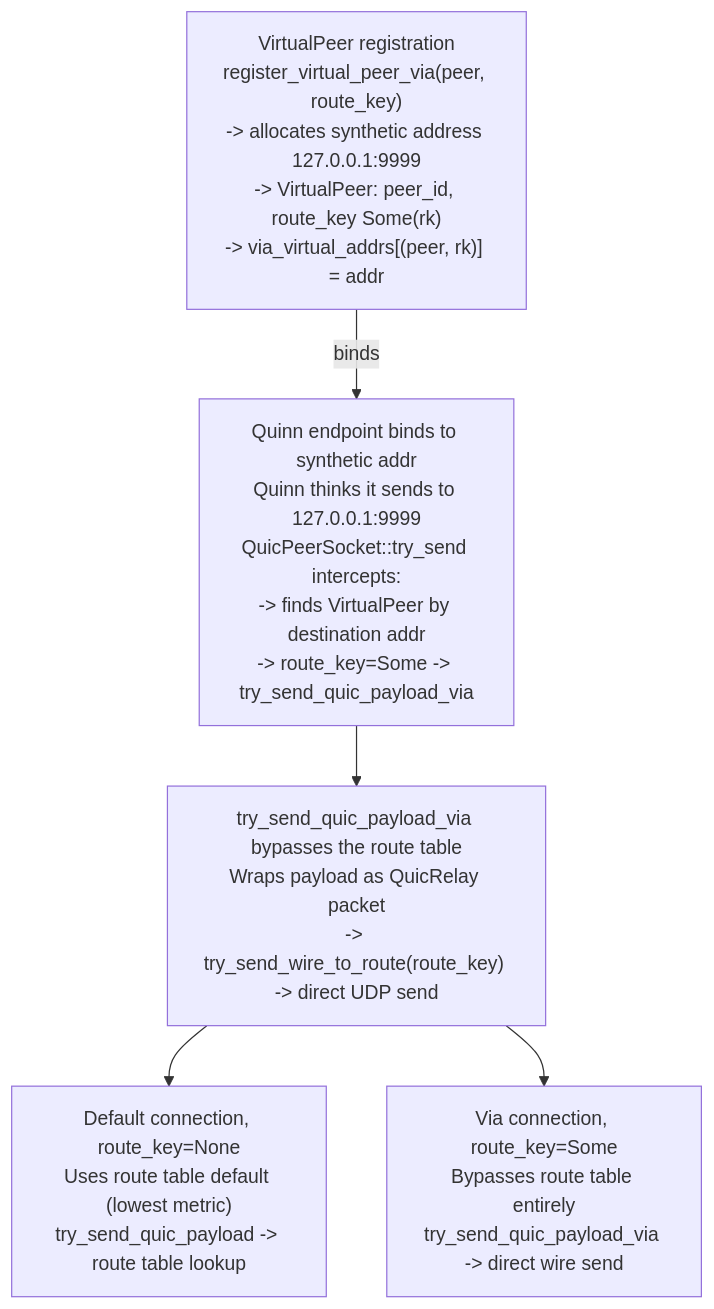
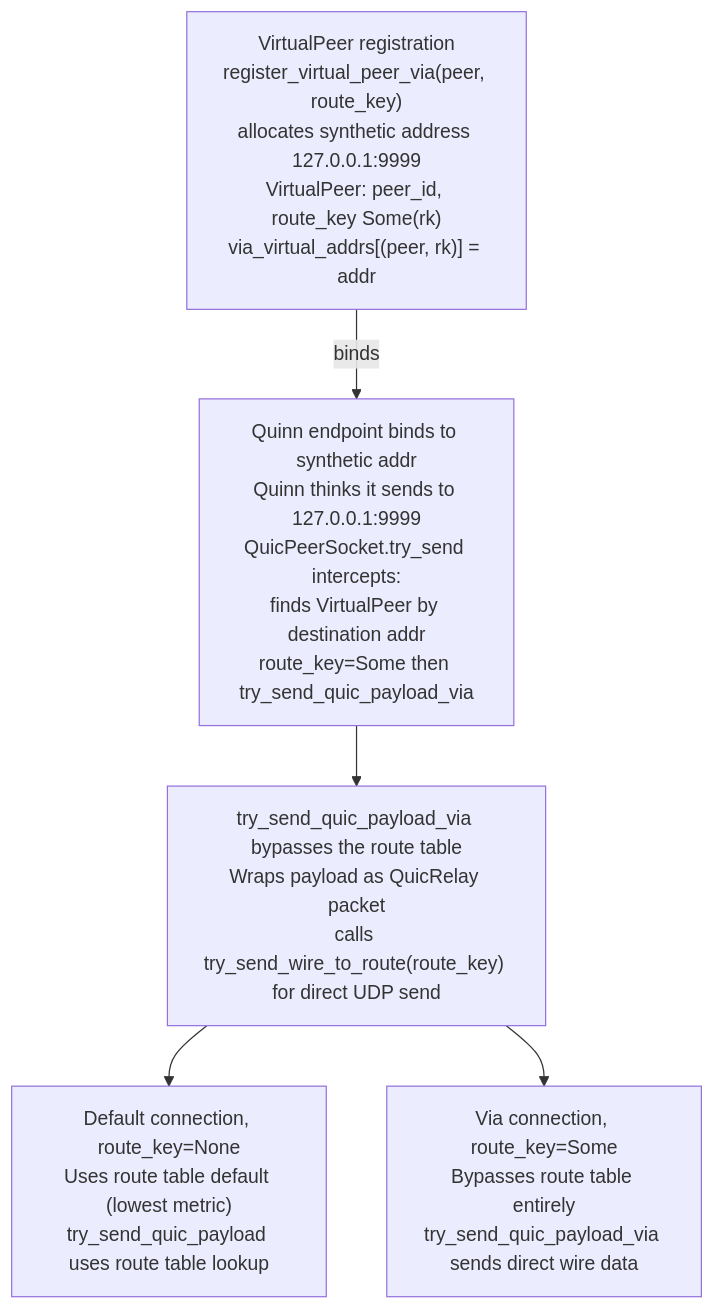
Before and after one commit to rustp2p/rustp2p: diagram 23 of 27 in docs/nat-punch-principles.md, drawn with Mermaid. The commit also changed other lines of this file, not shown here.

First line of the commit message:
docs: 修正 nat-punch-principles 中 Mermaid 连线语法渲染错误 (#24)

````diff
--- a/docs/nat-punch-principles.md
+++ b/docs/nat-punch-principles.md
@@ -811,13 +811,13 @@
 ```mermaid
 flowchart TB
-    REG["VirtualPeer registration<br/>register_virtual_peer_via(peer, route_key)<br/>-> allocates synthetic address 127.0.0.1:9999<br/>-> VirtualPeer: peer_id, route_key Some(rk)<br/>-> via_virtual_addrs[(peer, rk)] = addr"]
-    QUI["Quinn endpoint binds to synthetic addr<br/>Quinn thinks it sends to 127.0.0.1:9999<br/>QuicPeerSocket::try_send intercepts:<br/>-> finds VirtualPeer by destination addr<br/>-> route_key=Some -> try_send_quic_payload_via"]
-    BYP["try_send_quic_payload_via bypasses the route table<br/>Wraps payload as QuicRelay packet<br/>-> try_send_wire_to_route(route_key) -> direct UDP send"]
-    DEF["Default connection, route_key=None<br/>Uses route table default (lowest metric)<br/>try_send_quic_payload -> route table lookup"]
-    VIA["Via connection, route_key=Some<br/>Bypasses route table entirely<br/>try_send_quic_payload_via -> direct wire send"]
+    REG["VirtualPeer registration<br/>register_virtual_peer_via(peer, route_key)<br/>allocates synthetic address 127.0.0.1:9999<br/>VirtualPeer: peer_id, route_key Some(rk)<br/>via_virtual_addrs[(peer, rk)] = addr"]
+    QUI["Quinn endpoint binds to synthetic addr<br/>Quinn thinks it sends to 127.0.0.1:9999<br/>QuicPeerSocket.try_send intercepts:<br/>finds VirtualPeer by destination addr<br/>route_key=Some then try_send_quic_payload_via"]
+    BYP["try_send_quic_payload_via bypasses the route table<br/>Wraps payload as QuicRelay packet<br/>calls try_send_wire_to_route(route_key) for direct UDP send"]
+    DEF["Default connection, route_key=None<br/>Uses route table default (lowest metric)<br/>try_send_quic_payload uses route table lookup"]
+    VIA["Via connection, route_key=Some<br/>Bypasses route table entirely<br/>try_send_quic_payload_via sends direct wire data"]
 
     REG -->|binds| QUI
     QUI --> BYP
     BYP --> DEF
     BYP --> VIA
 ```
````
